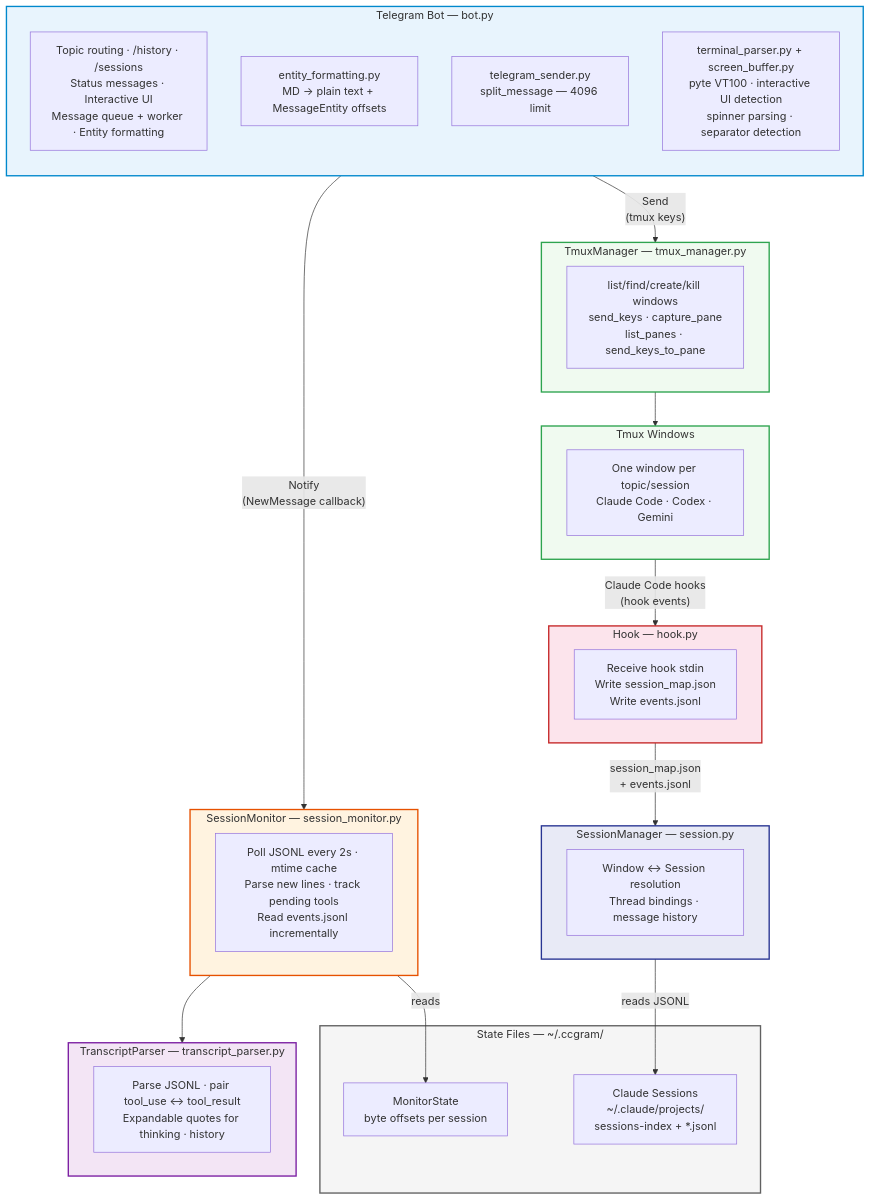
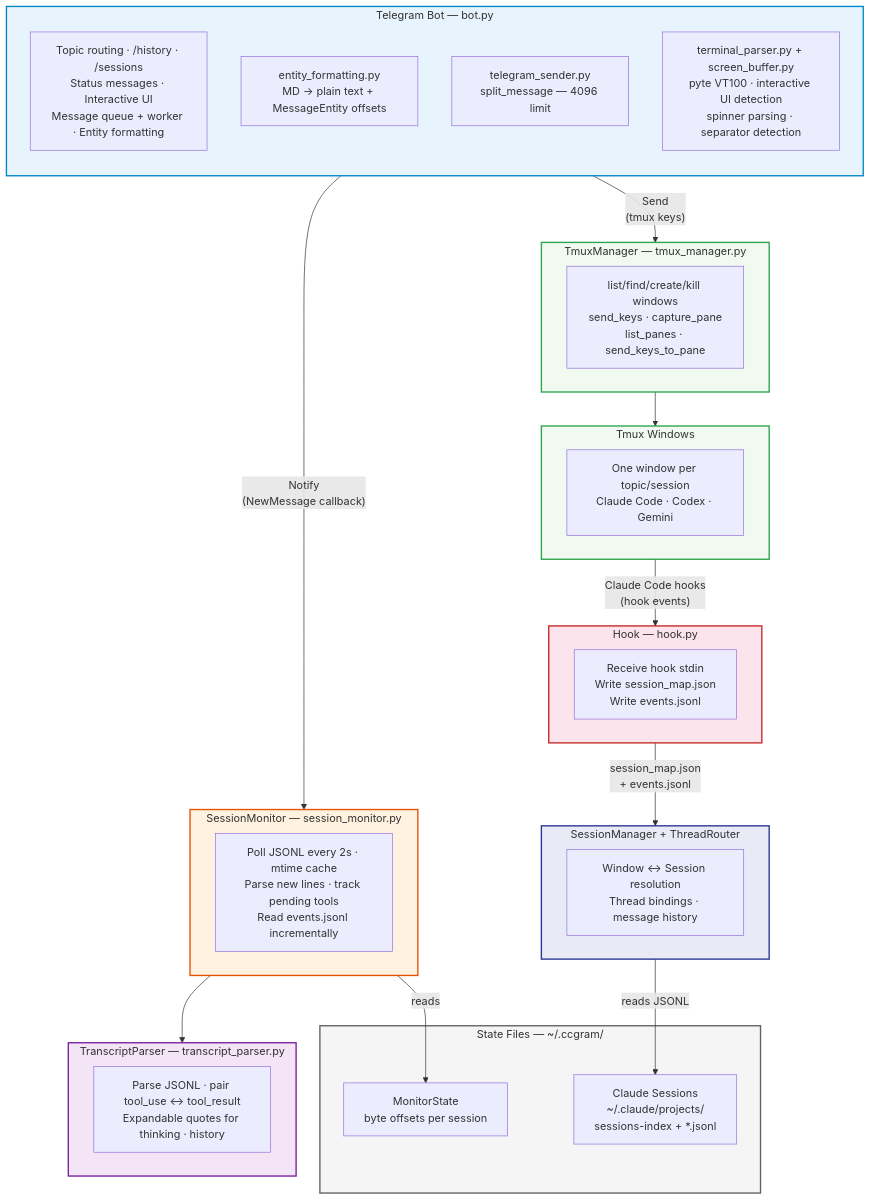
The diagram in .claude/rules/architecture.md (alexei-led/ccgram), drawn with Mermaid before and after one commit. The commit also changed other lines of this file and 1 other file, not shown here.

````diff
--- a/.claude/rules/architecture.md
+++ b/.claude/rules/architecture.md
@@ -3,57 +3,57 @@
 ```mermaid
 graph TB
     subgraph bot["Telegram Bot — bot.py"]
         direction TB
         BotCore["Topic routing · /history · /sessions\nStatus messages · Interactive UI\nMessage queue + worker · Entity formatting"]
         BotSub1["entity_formatting.py\nMD → plain text + MessageEntity offsets"]
         BotSub2["telegram_sender.py\nsplit_message — 4096 limit"]
         Terminal["terminal_parser.py + screen_buffer.py\npyte VT100 · interactive UI detection\nspinner parsing · separator detection"]
     end
 
     subgraph monitor["SessionMonitor — session_monitor.py"]
         Mon["Poll JSONL every 2s · mtime cache\nParse new lines · track pending tools\nRead events.jsonl incrementally"]
     end
 
     subgraph tmux["TmuxManager — tmux_manager.py"]
         Tmux["list/find/create/kill windows\nsend_keys · capture_pane\nlist_panes · send_keys_to_pane"]
     end
 
     subgraph parsing["TranscriptParser — transcript_parser.py"]
         TP["Parse JSONL · pair tool_use ↔ tool_result\nExpandable quotes for thinking · history"]
     end
 
     subgraph windows["Tmux Windows"]
         Win["One window per topic/session\nClaude Code · Codex · Gemini"]
     end
 
     subgraph hook["Hook — hook.py"]
         Hook["Receive hook stdin\nWrite session_map.json\nWrite events.jsonl"]
     end
 
-    subgraph session["SessionManager — session.py"]
+    subgraph session["SessionManager + ThreadRouter"]
         SM["Window ↔ Session resolution\nThread bindings · message history"]
     end
 
     subgraph state["State Files — ~/.ccgram/"]
         MonState["MonitorState\nbyte offsets per session"]
         Sessions["Claude Sessions\n~/.claude/projects/\nsessions-index + *.jsonl"]
     end
 
     bot -- "Notify\n(NewMessage callback)" --> monitor
     bot -- "Send\n(tmux keys)" --> tmux
     monitor --> parsing
     tmux --> windows
     windows -- "Claude Code hooks\n(hook events)" --> hook
     hook -- "session_map.json\n+ events.jsonl" --> session
     session -- "reads JSONL" --> Sessions
     monitor -- "reads" --> MonState
 
     style bot fill:#e8f4fd,stroke:#0088cc,stroke-width:2px,color:#333
     style monitor fill:#fff3e0,stroke:#e65100,stroke-width:2px,color:#333
     style tmux fill:#f0faf0,stroke:#2ea44f,stroke-width:2px,color:#333
     style parsing fill:#f3e5f5,stroke:#7b1fa2,stroke-width:2px,color:#333
     style windows fill:#f0faf0,stroke:#2ea44f,stroke-width:2px,color:#333
     style hook fill:#fce4ec,stroke:#c62828,stroke-width:2px,color:#333
     style session fill:#e8eaf6,stroke:#283593,stroke-width:2px,color:#333
     style state fill:#f5f5f5,stroke:#616161,stroke-width:2px,color:#333
 ```
````
